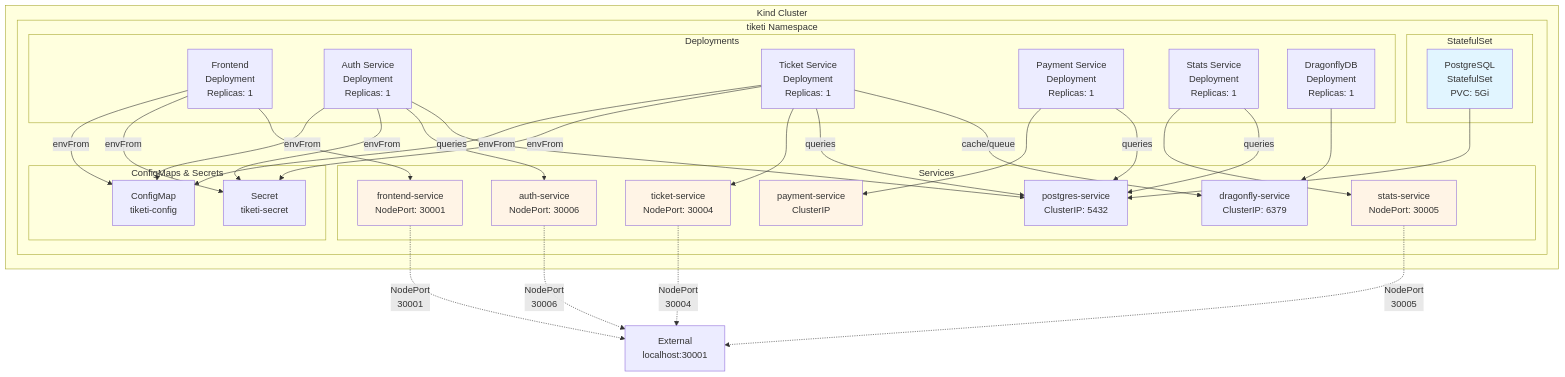
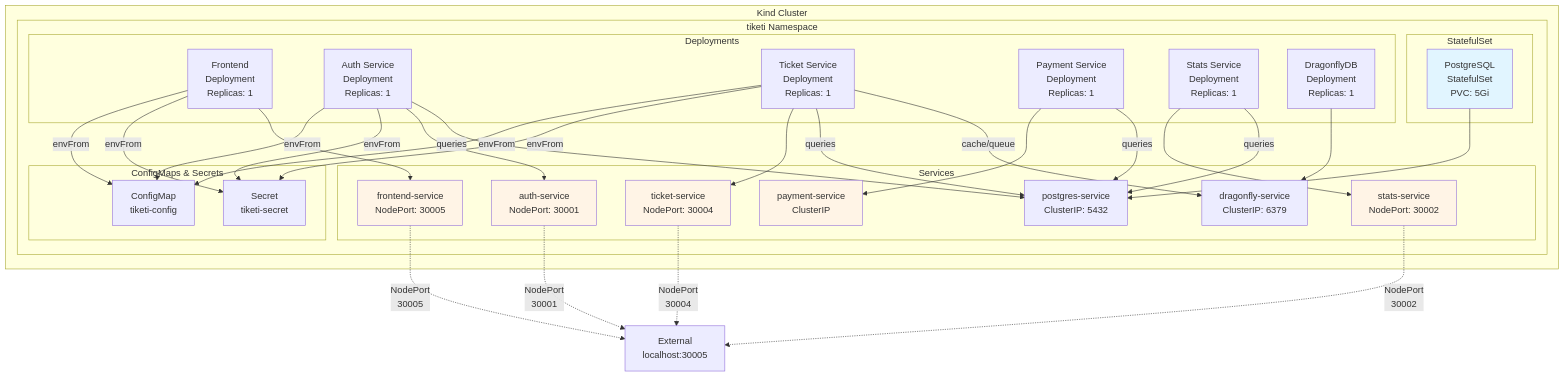
The fifth of 5 diagrams in claudedocs/TIKETI_PROJECT_ANALYSIS_PART2.md (cchriscode/tiketi), drawn with Mermaid before and after one commit. The commit also changed other lines of this file and 98 other files, not shown here.

````diff
--- a/claudedocs/TIKETI_PROJECT_ANALYSIS_PART2.md
+++ b/claudedocs/TIKETI_PROJECT_ANALYSIS_PART2.md
@@ -1347,68 +1351,68 @@
 ```mermaid
 graph TB
     subgraph "Kind Cluster"
         subgraph "tiketi Namespace"
             subgraph "ConfigMaps & Secrets"
                 CM[ConfigMap<br/>tiketi-config]
                 SEC[Secret<br/>tiketi-secret]
             end
 
             subgraph "StatefulSet"
                 PG[PostgreSQL<br/>StatefulSet<br/>PVC: 5Gi]
             end
 
             subgraph "Deployments"
                 FE[Frontend<br/>Deployment<br/>Replicas: 1]
                 AUTH[Auth Service<br/>Deployment<br/>Replicas: 1]
                 TICK[Ticket Service<br/>Deployment<br/>Replicas: 1]
                 PAY[Payment Service<br/>Deployment<br/>Replicas: 1]
                 STATS[Stats Service<br/>Deployment<br/>Replicas: 1]
                 DF[DragonflyDB<br/>Deployment<br/>Replicas: 1]
             end
 
             subgraph "Services"
-                FESVC[frontend-service<br/>NodePort: 30001]
-                AUTHSVC[auth-service<br/>NodePort: 30006]
+                FESVC[frontend-service<br/>NodePort: 30005]
+                AUTHSVC[auth-service<br/>NodePort: 30001]
                 TICKSVC[ticket-service<br/>NodePort: 30004]
                 PAYSVC[payment-service<br/>ClusterIP]
-                STATSSVC[stats-service<br/>NodePort: 30005]
+                STATSSVC[stats-service<br/>NodePort: 30002]
                 PGSVC[postgres-service<br/>ClusterIP: 5432]
                 DFSVC[dragonfly-service<br/>ClusterIP: 6379]
             end
         end
     end
 
     FE -->|envFrom| CM
     FE -->|envFrom| SEC
     AUTH -->|envFrom| CM
     AUTH -->|envFrom| SEC
     TICK -->|envFrom| CM
     TICK -->|envFrom| SEC
 
     FE --> FESVC
     AUTH --> AUTHSVC
     TICK --> TICKSVC
     PAY --> PAYSVC
     STATS --> STATSSVC
     PG --> PGSVC
     DF --> DFSVC
 
     AUTH -->|queries| PGSVC
     TICK -->|queries| PGSVC
     PAY -->|queries| PGSVC
     STATS -->|queries| PGSVC
 
     TICK -->|cache/queue| DFSVC
 
-    FESVC -.->|NodePort<br/>30001| EXT[External<br/>localhost:30001]
-    AUTHSVC -.->|NodePort<br/>30006| EXT
+    FESVC -.->|NodePort<br/>30005| EXT[External<br/>localhost:30005]
+    AUTHSVC -.->|NodePort<br/>30001| EXT
     TICKSVC -.->|NodePort<br/>30004| EXT
-    STATSSVC -.->|NodePort<br/>30005| EXT
+    STATSSVC -.->|NodePort<br/>30002| EXT
 
     style PG fill:#e1f5ff
     style FESVC fill:#fff4e6
     style AUTHSVC fill:#fff4e6
     style TICKSVC fill:#fff4e6
     style PAYSVC fill:#fff4e6
     style STATSSVC fill:#fff4e6
 ```
````
